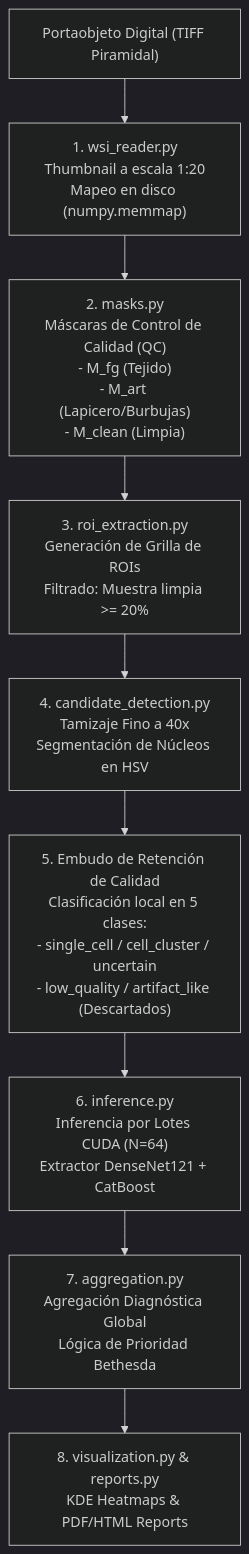
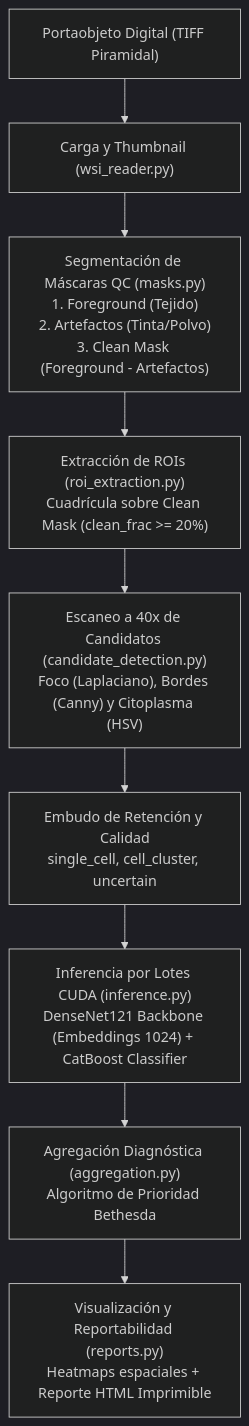
The diagram in README.md (MavallesC/CytoAssist-AI), drawn with Mermaid (dark theme) before and after one commit. The commit also changed other lines of this file and 2 other files, not shown here.

````diff
--- a/README.md
+++ b/README.md
@@ -35,11 +57,11 @@
 ```mermaid
 graph TD
-    WSI["Portaobjeto Digital (TIFF Piramidal)"] --> THUMB["1. wsi_reader.py<br>Thumbnail a escala 1:20<br>Mapeo en disco (numpy.memmap)"]
-    THUMB --> MASKS["2. masks.py<br>Máscaras de Control de Calidad (QC)<br>- M_fg (Tejido)<br>- M_art (Lapicero/Burbujas)<br>- M_clean (Limpia)"]
-    MASKS --> ROIS["3. roi_extraction.py<br>Generación de Grilla de ROIs<br>Filtrado: Muestra limpia >= 20%"]
-    ROIS --> CAND["4. candidate_detection.py<br>Tamizaje Fino a 40x<br>Segmentación de Núcleos en HSV"]
-    CAND --> FUNNEL["5. Embudo de Retención de Calidad<br>Clasificación local en 5 clases:<br>- single_cell / cell_cluster / uncertain<br>- low_quality / artifact_like (Descartados)"]
-    FUNNEL --> BATCH["6. inference.py<br>Inferencia por Lotes CUDA (N=64)<br>Extractor DenseNet121 + CatBoost"]
-    BATCH --> AGG["7. aggregation.py<br>Agregación Diagnóstica Global<br>Lógica de Prioridad Bethesda"]
-    AGG --> VIS["8. visualization.py & reports.py<br>KDE Heatmaps & PDF/HTML Reports"]
+    WSI["Portaobjeto Digital (TIFF Piramidal)"] --> THUMB["Carga y Thumbnail (wsi_reader.py)"]
+    THUMB --> MASKS["Segmentación de Máscaras QC (masks.py)<br>1. Foreground (Tejido)<br>2. Artefactos (Tinta/Polvo)<br>3. Clean Mask (Foreground - Artefactos)"]
+    MASKS --> ROIS["Extracción de ROIs (roi_extraction.py)<br>Cuadrícula sobre Clean Mask (clean_frac >= 20%)"]
+    ROIS --> CAND["Escaneo a 40x de Candidatos (candidate_detection.py)<br>Foco (Laplaciano), Bordes (Canny) y Citoplasma (HSV)"]
+    CAND --> FUNNEL["Embudo de Retención y Calidad<br>single_cell, cell_cluster, uncertain"]
+    FUNNEL --> BATCH["Inferencia por Lotes CUDA (inference.py)<br>DenseNet121 Backbone (Embeddings 1024) + CatBoost Classifier"]
+    BATCH --> AGG["Agregación Diagnóstica (aggregation.py)<br>Algoritmo de Prioridad Bethesda"]
+    AGG --> REPORT["Visualización y Reportabilidad (reports.py)<br>Heatmaps espaciales + Reporte HTML Imprimible"]
 ```
````
